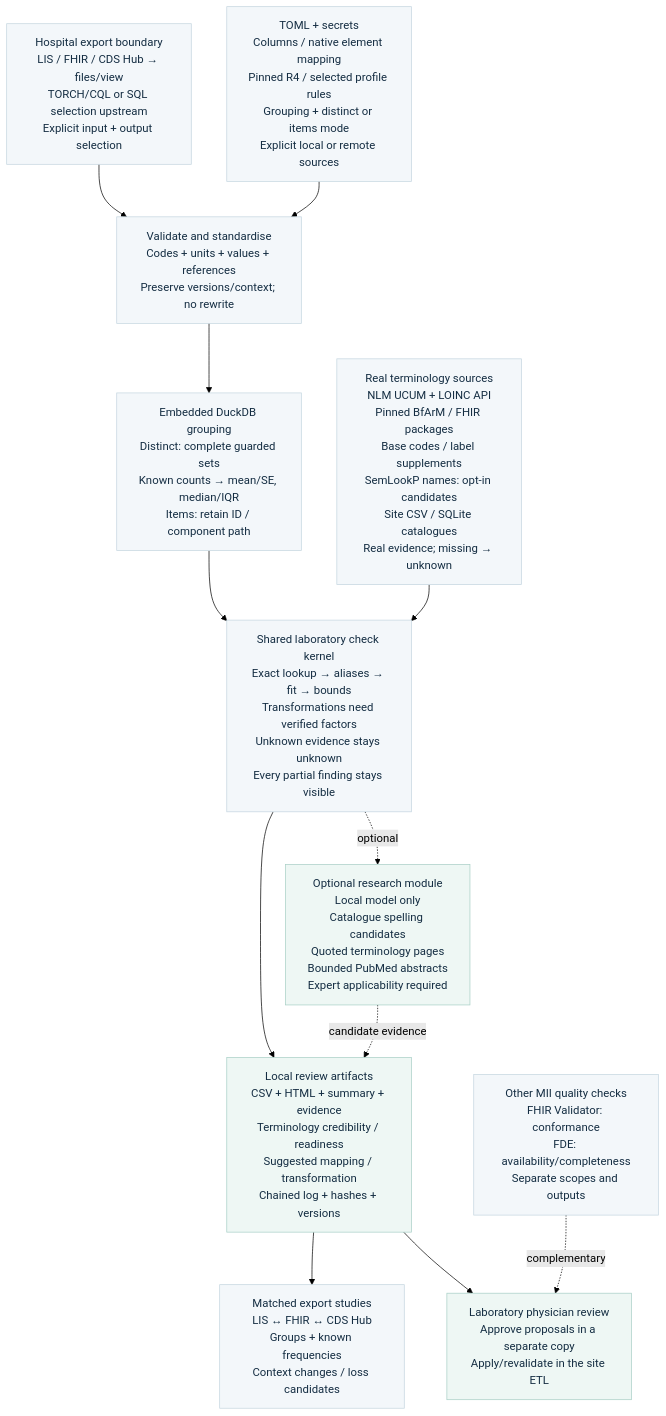
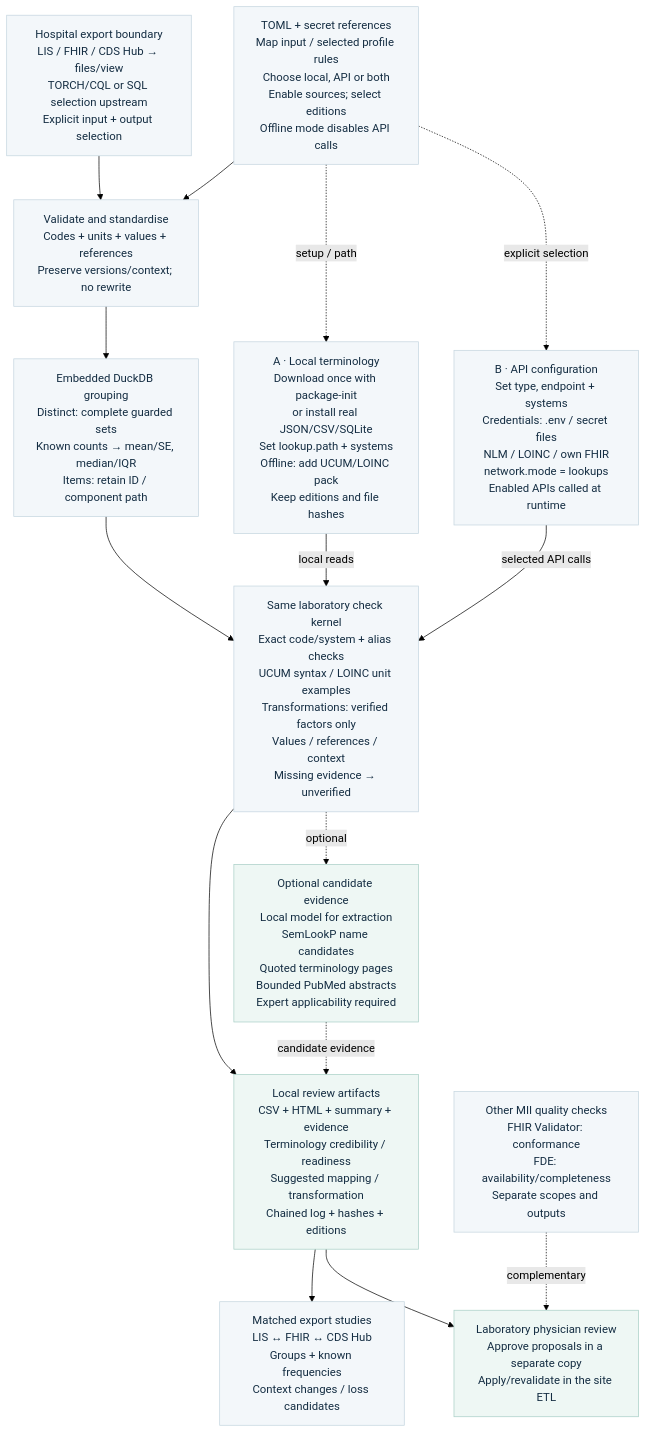
One commit to neumdan/semantic-plausibility changed the diagram in docs/architecture.mmd. Above: the diagram before and after it, drawn with Mermaid (forest theme). The commit also changed 9 other files, not shown here.

Commit message:
Document local terminology and API routes with retest workflow

```diff
--- a/docs/architecture.mmd
+++ b/docs/architecture.mmd
@@ -1,29 +1,33 @@
 %% Same node/edge contract as architecture.svg.
 flowchart TD
     INPUT["Hospital export boundary<br/>LIS / FHIR / CDS Hub → files/view<br/>TORCH/CQL or SQL selection upstream<br/>Explicit input + output selection"]
-    CONFIG["TOML + secrets<br/>Columns / native element mapping<br/>Pinned R4 / selected profile rules<br/>Grouping + distinct or items mode<br/>Explicit local or remote sources"]
+    CONFIG["TOML + secret references<br/>Map input / selected profile rules<br/>Choose local, API or both<br/>Enable sources; select editions<br/>Offline mode disables API calls"]
     NORMAL["Validate and standardise<br/>Codes + units + values + references<br/>Preserve versions/context; no rewrite"]
     GROUP["Embedded DuckDB grouping<br/>Distinct: complete guarded sets<br/>Known counts → mean/SE, median/IQR<br/>Items: retain ID / component path"]
-    REF["Real terminology sources<br/>NLM UCUM + LOINC API<br/>Pinned BfArM / FHIR packages<br/>Base codes / label supplements<br/>SemLookP names: opt-in candidates<br/>Site CSV / SQLite catalogues<br/>Real evidence; missing → unknown"]
-    CHECK["Shared laboratory check kernel<br/>Exact lookup → aliases → fit → bounds<br/>Transformations need verified factors<br/>Unknown evidence stays unknown<br/>Every partial finding stays visible"]
-    RESEARCH["Optional research module<br/>Local model only<br/>Catalogue spelling candidates<br/>Quoted terminology pages<br/>Bounded PubMed abstracts<br/>Expert applicability required"]
+    LOCAL["A · Local terminology<br/>Download once with package-init<br/>or install real JSON/CSV/SQLite<br/>Set lookup.path + systems<br/>Offline: add UCUM/LOINC pack<br/>Keep editions and file hashes"]
+    API["B · API configuration<br/>Set type, endpoint + systems<br/>Credentials: .env / secret files<br/>NLM / LOINC / own FHIR<br/>network.mode = lookups<br/>Enabled APIs called at runtime"]
+    CHECK["Same laboratory check kernel<br/>Exact code/system + alias checks<br/>UCUM syntax / LOINC unit examples<br/>Transformations: verified factors only<br/>Values / references / context<br/>Missing evidence → unverified"]
+    RESEARCH["Optional candidate evidence<br/>Local model for extraction<br/>SemLookP name candidates<br/>Quoted terminology pages<br/>Bounded PubMed abstracts<br/>Expert applicability required"]
     QC["Other MII quality checks<br/>FHIR Validator: conformance<br/>FDE: availability/completeness<br/>Separate scopes and outputs"]
-    OUTPUT["Local review artifacts<br/>CSV + HTML + summary + evidence<br/>Terminology credibility / readiness<br/>Suggested mapping / transformation<br/>Chained log + hashes + versions"]
+    OUTPUT["Local review artifacts<br/>CSV + HTML + summary + evidence<br/>Terminology credibility / readiness<br/>Suggested mapping / transformation<br/>Chained log + hashes + editions"]
     STUDY["Matched export studies<br/>LIS ↔ FHIR ↔ CDS Hub<br/>Groups + known frequencies<br/>Context changes / loss candidates"]
     EXPERT["Laboratory physician review<br/>Approve proposals in a separate copy<br/>Apply/revalidate in the site ETL"]
     INPUT --> NORMAL
     CONFIG --> NORMAL
     NORMAL --> GROUP
+    CONFIG -.-> |"setup / path"| LOCAL
+    CONFIG -.-> |"explicit selection"| API
     GROUP --> CHECK
-    REF --> CHECK
+    LOCAL --> |"local reads"| CHECK
+    API --> |"selected API calls"| CHECK
     CHECK -.-> |"optional"| RESEARCH
     CHECK --> OUTPUT
     RESEARCH -.-> |"candidate evidence"| OUTPUT
     OUTPUT --> STUDY
     OUTPUT --> EXPERT
     QC -.-> |"complementary"| EXPERT
     classDef normal fill:#f3f7fa,stroke:#c4d5df,color:#142d42
-    class INPUT,CONFIG,NORMAL,GROUP,REF,CHECK,QC,STUDY normal
+    class INPUT,CONFIG,NORMAL,GROUP,LOCAL,API,CHECK,QC,STUDY normal
     classDef teal fill:#eef7f4,stroke:#a8cfc6,color:#142d42
     class RESEARCH,OUTPUT,EXPERT teal
     classDef error fill:#fcf1f3,stroke:#ecc7cf,color:#142d42
```
